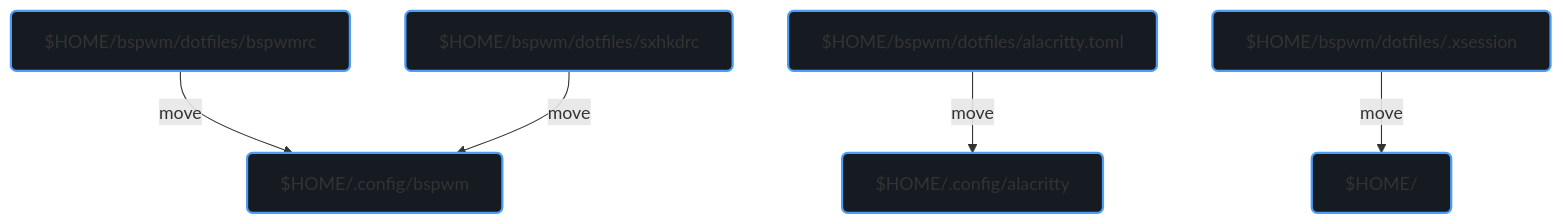
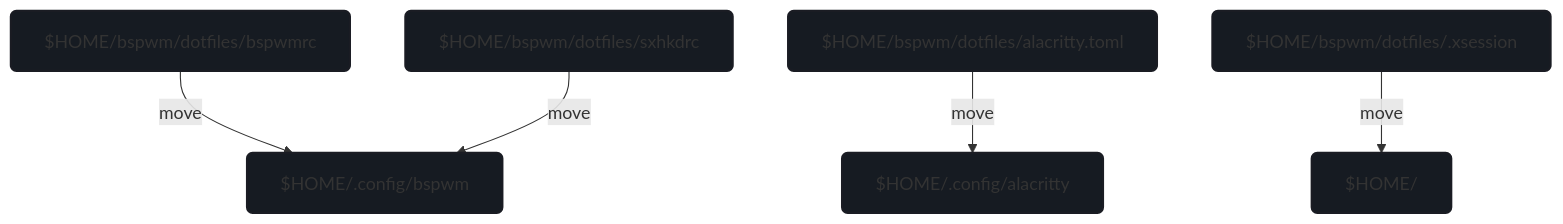
One commit to driversline/dotfiles changed the diagram in README.md. Above: the diagram before and after it, drawn with Mermaid.

````diff
--- a/README.md
+++ b/README.md
@@ -9,15 +9,15 @@
 ```mermaid
 graph TD;
-    style bspwmrc fill:#161b22,stroke:#4b9df6,stroke-width:2px,rx:5,ry:5;
-    style sxhkdrc fill:#161b22,stroke:#4b9df6,stroke-width:2px,rx:5,ry:5;
-    style alacritty_toml fill:#161b22,stroke:#4b9df6,stroke-width:2px,rx:5,ry:5;
-    style xsession fill:#161b22,stroke:#4b9df6,stroke-width:2px,rx:5,ry:5;
-    style bspwm_config fill:#161b22,stroke:#4b9df6,stroke-width:2px,rx:5,ry:5;
-    style alacritty_config fill:#161b22,stroke:#4b9df6,stroke-width:2px,rx:5,ry:5;
-    style home fill:#161b22,stroke:#4b9df6,stroke-width:2px,rx:5,ry:5;
+    style bspwmrc fill:#161b22,stroke:#1a1c23,stroke-width:2px,rx:5,ry:5;
+    style sxhkdrc fill:#161b22,stroke:#1a1c23,stroke-width:2px,rx:5,ry:5;
+    style alacritty_toml fill:#161b22,stroke:#1a1c23,stroke-width:2px,rx:5,ry:5;
+    style xsession fill:#161b22,stroke:#1a1c23,stroke-width:2px,rx:5,ry:5;
+    style bspwm_config fill:#161b22,stroke:#1a1c23,stroke-width:2px,rx:5,ry:5;
+    style alacritty_config fill:#161b22,stroke:#1a1c23,stroke-width:2px,rx:5,ry:5;
+    style home fill:#161b22,stroke:#1a1c23,stroke-width:2px,rx:5,ry:5;
 
     bspwmrc["$HOME/bspwm/dotfiles/bspwmrc"] -->|move| bspwm_config["$HOME/.config/bspwm"]
     sxhkdrc["$HOME/bspwm/dotfiles/sxhkdrc"] -->|move| bspwm_config
     alacritty_toml["$HOME/bspwm/dotfiles/alacritty.toml"] -->|move| alacritty_config["$HOME/.config/alacritty"]
     xsession["$HOME/bspwm/dotfiles/.xsession"] -->|move| home["$HOME/"]
 ```
````
